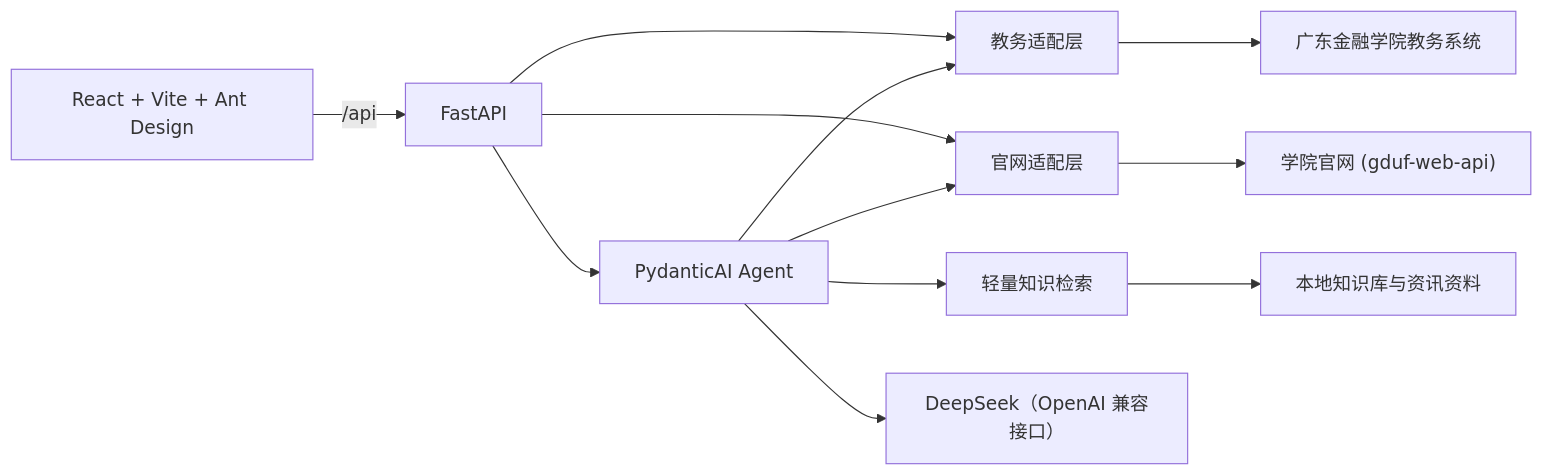
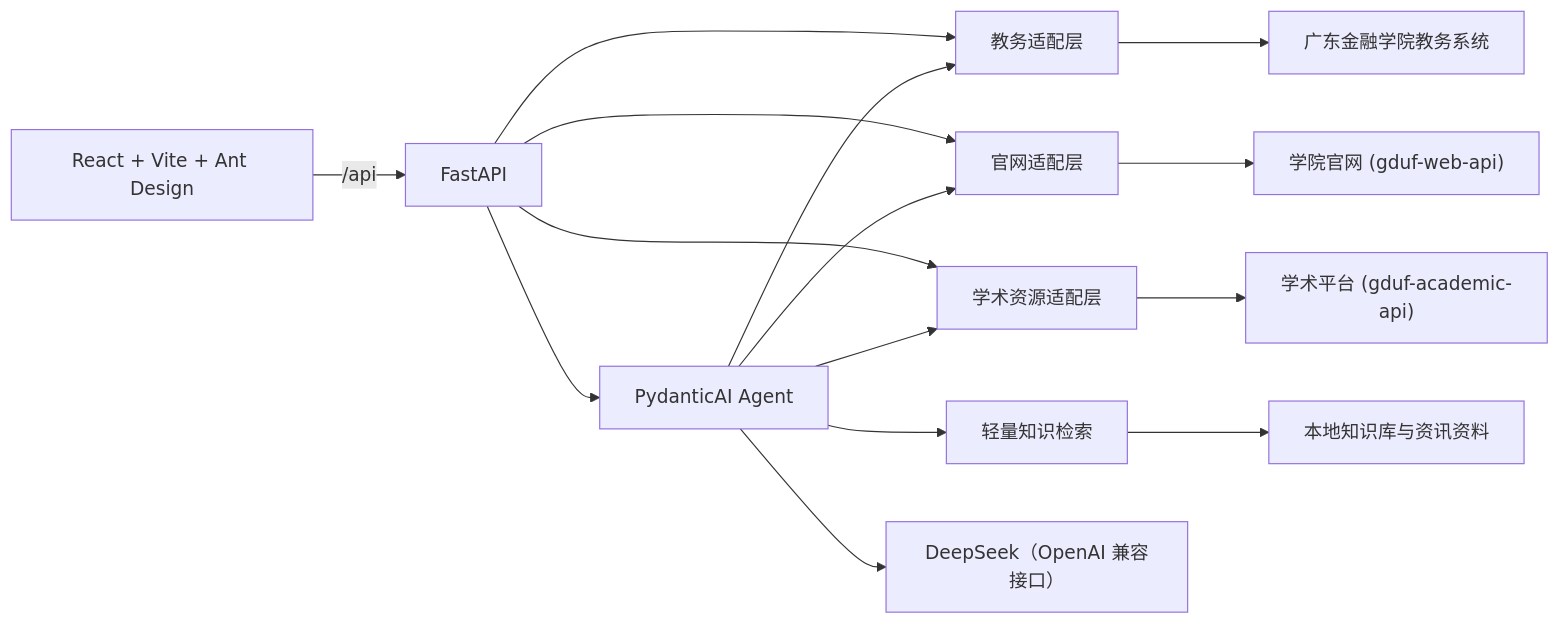
One commit to 9zqzh/finmind_cv changed the diagram in README.md. Above: the diagram before and after it, drawn with Mermaid. The commit also changed other lines of this file and 25 other files, not shown here.

Commit message:
feat: 新增学术资源搜索工具 search_academic（arXiv + Semantic Scholar）及 gduf-academic-api 子包；修复教务系统 SSL 兼容性；更新项目文档

````diff
--- a/README.md
+++ b/README.md
@@ -18,14 +19,17 @@
 ```mermaid
 flowchart LR
   UI["React + Vite + Ant Design"] -->|"/api"| API["FastAPI"]
   API --> Agent["PydanticAI Agent"]
   API --> Adapter["教务适配层"]
   API --> WebAdapter["官网适配层"]
+  API --> AcademicAdapter["学术资源适配层"]
   Agent --> Adapter
   Agent --> WebAdapter
+  Agent --> AcademicAdapter
   Agent --> Search["轻量知识检索"]
   Adapter --> JWXT["广东金融学院教务系统"]
   WebAdapter --> WEB["学院官网 (gduf-web-api)"]
+  AcademicAdapter --> ACADEMIC["学术平台 (gduf-academic-api)"]
   Search --> Data["本地知识库与资讯资料"]
   Agent --> LLM["DeepSeek（OpenAI 兼容接口）"]
 ```
````
